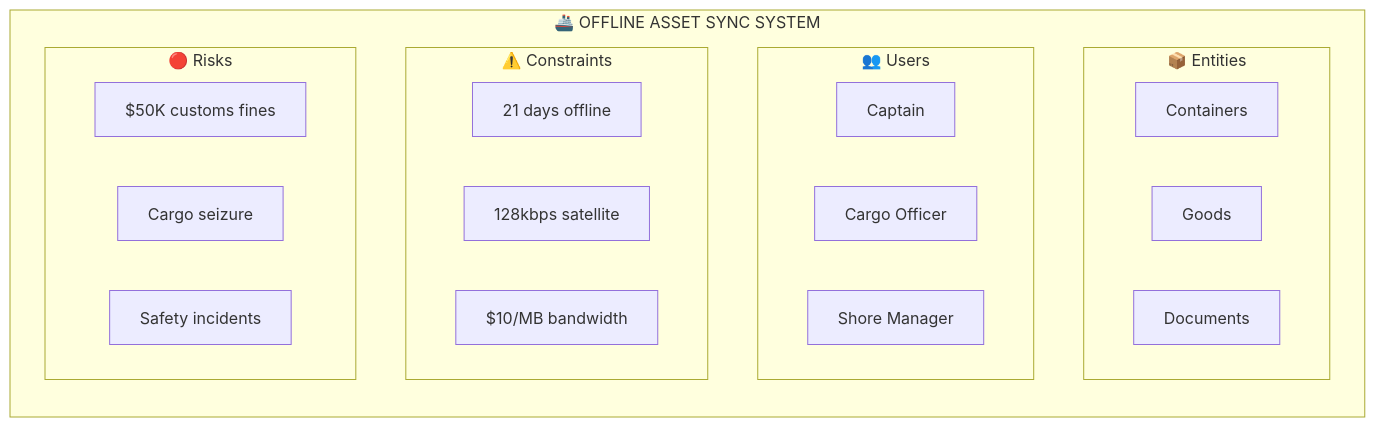
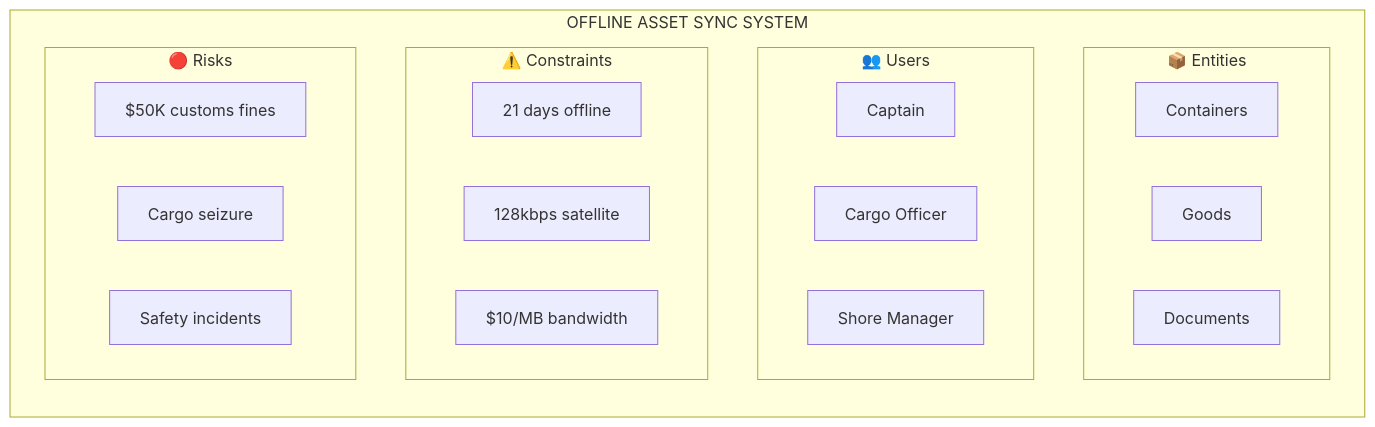
One commit to siddgawad/Offline-Asset-Synchronization changed the first of 7 diagrams in 01_problem_definition.md. Above: the diagram before and after it, drawn with Mermaid.

Commit message:
fix: improved diagram visibility

````diff
--- a/01_problem_definition.md
+++ b/01_problem_definition.md
@@ -5,31 +5,31 @@
 ```mermaid
 flowchart TB
-    subgraph SYSTEM["🚢 OFFLINE ASSET SYNC SYSTEM"]
+    subgraph SYSTEM["OFFLINE ASSET SYNC SYSTEM"]
     
         direction TB
         
         subgraph ENTITIES["📦 Entities"]
             E1["Containers"]
             E2["Goods"]
             E3["Documents"]
         end
         
         subgraph USERS["👥 Users"]
             U1["Captain"]
             U2["Cargo Officer"]
             U3["Shore Manager"]
         end
         
         subgraph CONSTRAINTS["⚠️ Constraints"]
             C1["21 days offline"]
             C2["128kbps satellite"]
             C3["$10/MB bandwidth"]
         end
         
         subgraph RISKS["🔴 Risks"]
             R1["$50K customs fines"]
             R2["Cargo seizure"]
             R3["Safety incidents"]
         end
     end
 ```
````
